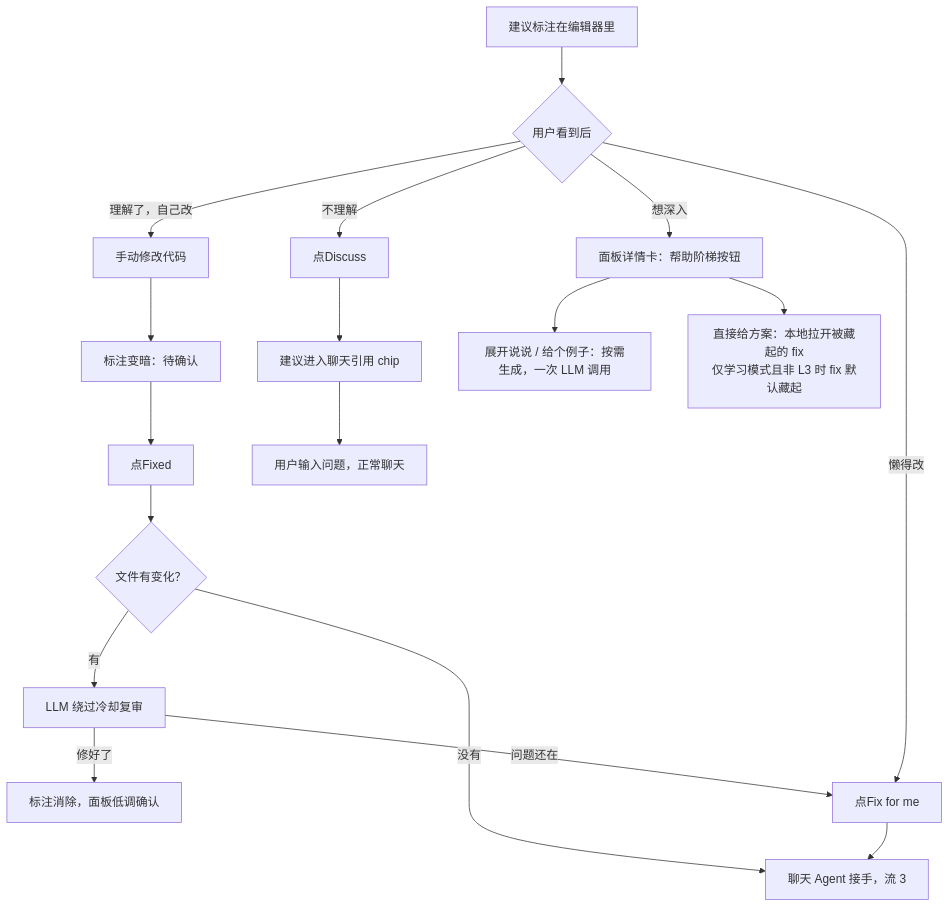
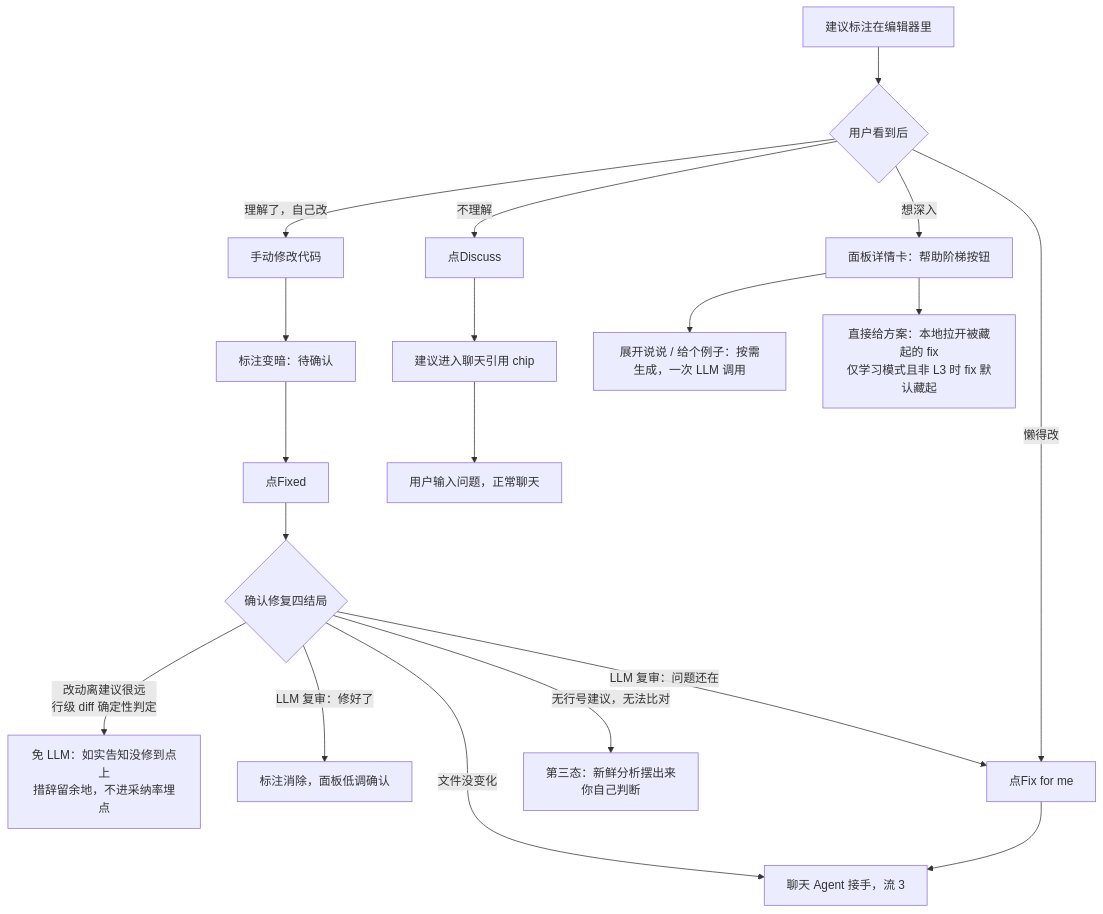
One commit to weirdsnap/quietpair changed the second of 5 diagrams in docs/USER_FLOW.md. Above: the diagram before and after it, drawn with Mermaid. The commit also changed other lines of this file and 2 other files, not shown here.

Commit message:
文档同步：结构树补齐 telemetry/lineDiff/detect，确认修复四结局，记忆指令路径
- README：结构树补 core/telemetry.ts、core/lineDiff.ts、memory/detect.ts；
  测试数 170→189；metric 事件目录补 memory_command_*；memory.md 说明本项目已 gitignore
- ARCHITECTURE：修复闭环改四结局（busy/unchanged/untouched/reviewed+第三态）；
  memory 层补 detect.ts 与 sharedContext 替换语义；记忆三层表注 gitignore
- USER_FLOW：流2 确认修复四结局分支图；流5 加主动记忆指令轻卡路径；
  用户故事加记忆指令检测 ✅

````diff
--- a/docs/USER_FLOW.md
+++ b/docs/USER_FLOW.md
@@ -44,20 +44,21 @@
 ```mermaid
 flowchart TD
     A[建议标注在编辑器里] --> B{用户看到后}
     B -->|理解了，自己改| C[手动修改代码]
     C --> D[标注变暗：待确认]
     D --> E[点Fixed]
-    E --> F{文件有变化？}
-    F -->|有| G[LLM 绕过冷却复审]
-    G -->|修好了| H[标注消除，面板低调确认]
-    G -->|问题还在| I[指出剩余问题，标注保留/更新]
-    F -->|没有| J[不白调 LLM：现有标注就是最新判断<br>提示去点Fix for me或Discuss]
+    E --> F{确认修复四结局}
+    F -->|文件没变化| J[不白调 LLM：现有标注就是最新判断<br>提示去点Fix for me或Discuss]
+    F -->|改动离建议很远<br>行级 diff 确定性判定| J2[免 LLM：如实告知没修到点上<br>措辞留余地，不进采纳率埋点]
+    F -->|LLM 复审：修好了| H[标注消除，面板低调确认]
+    F -->|LLM 复审：问题还在| I[指出剩余问题，标注保留/更新]
+    F -->|无行号建议，无法比对| J3[第三态：新鲜分析摆出来<br>你自己判断]
     B -->|懒得改| I[点Fix for me]
     I --> J[聊天 Agent 接手，流 3]
     B -->|不理解| K[点Discuss]
     K --> L[建议进入聊天引用 chip]
     L --> M[用户输入问题，正常聊天]
     B -->|想深入| N[面板详情卡：帮助阶梯按钮]
     N --> O[展开说说 / 给个例子：按需生成，一次 LLM 调用]
     N --> P[直接给方案：本地拉开被藏起的 fix<br>仅学习模式且非 L3 时 fix 默认藏起]
 ```
````
